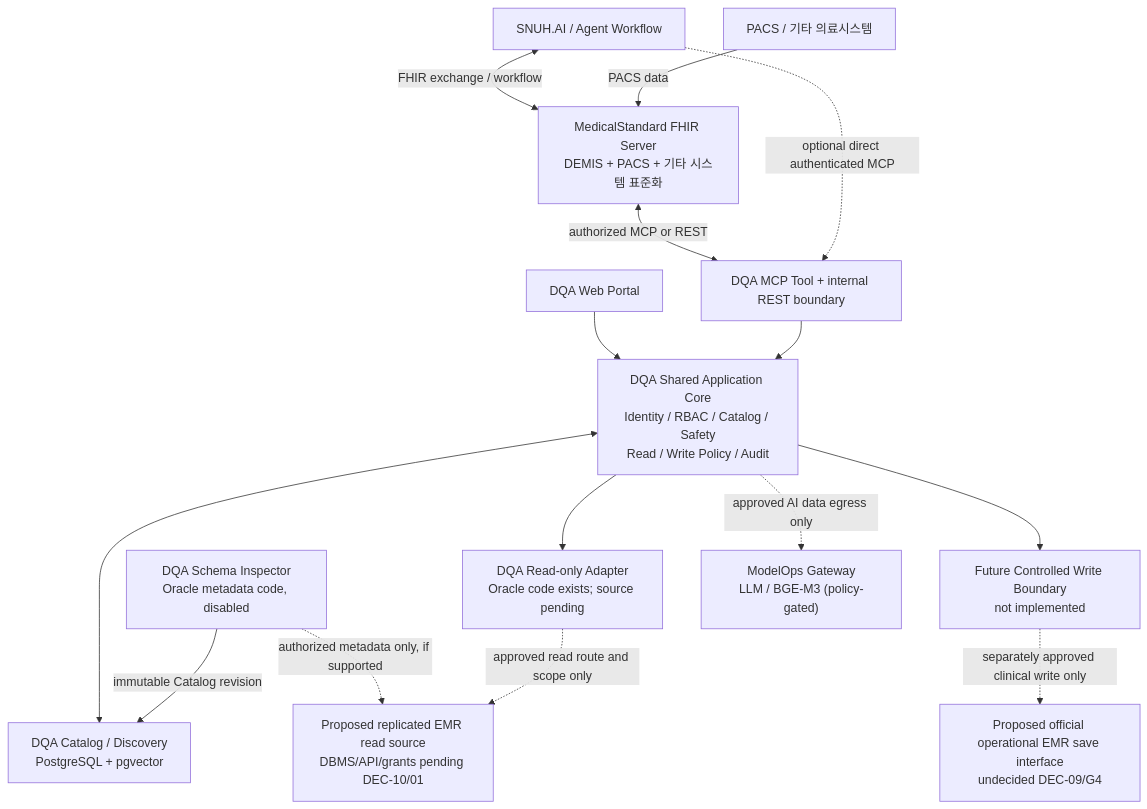
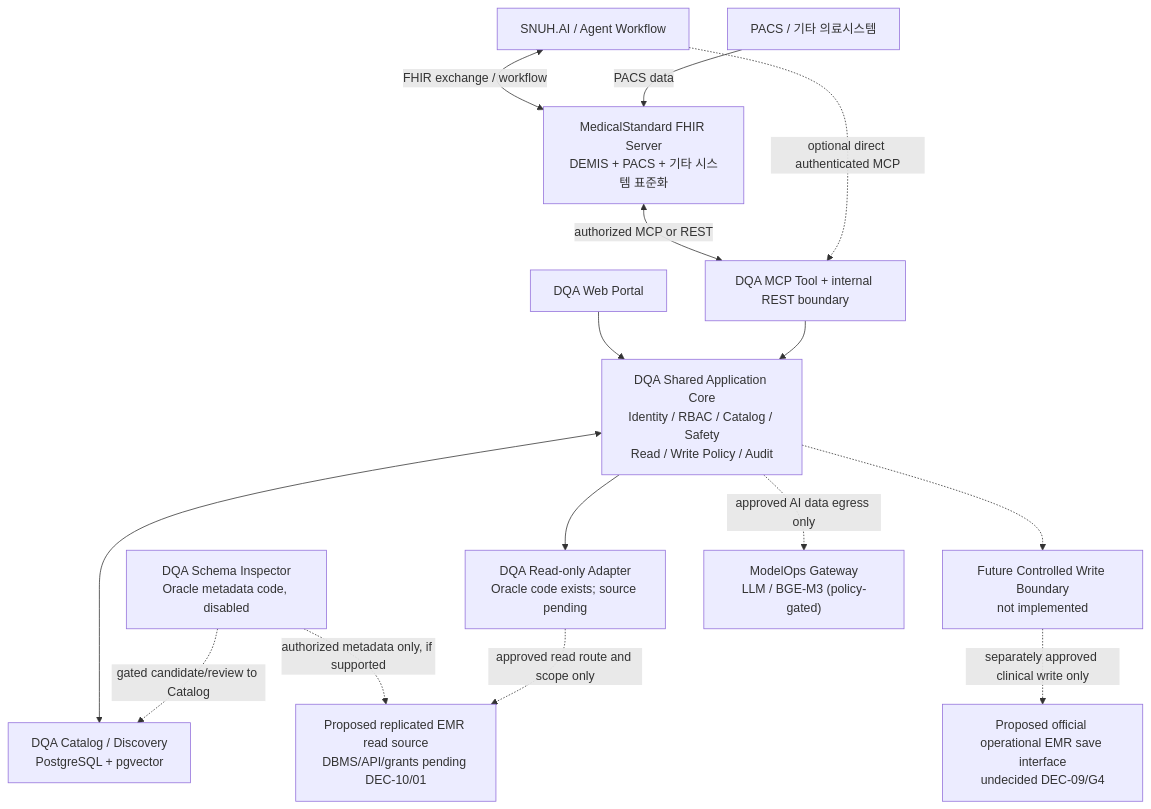
Before and after one commit to ramza2/dqa: the first of 2 diagrams in docs/integrated-platform-architecture.md, drawn with Mermaid.

Commit message:
docs(u03): mark future write and Inspector-to-Catalog topology as gated proposals

```diff
--- a/docs/integrated-platform-architecture.md
+++ b/docs/integrated-platform-architecture.md
@@ -49,31 +49,31 @@
 ~~~mermaid
 flowchart TB
   S["SNUH.AI / Agent Workflow"]
   F["MedicalStandard FHIR Server<br/>DEMIS + PACS + 기타 시스템 표준화"]
   P["PACS / 기타 의료시스템"]
   W["DQA Web Portal"]
   T["DQA MCP Tool + internal REST boundary"]
   CORE["DQA Shared Application Core<br/>Identity / RBAC / Catalog / Safety<br/>Read / Write Policy / Audit"]
   INS["DQA Schema Inspector<br/>Oracle metadata code, disabled"]
   C["DQA Catalog / Discovery<br/>PostgreSQL + pgvector"]
   R["DQA Read-only Adapter<br/>Oracle code exists; source pending"]
   I["Future Controlled Write Boundary<br/>not implemented"]
   D["Proposed replicated EMR read source<br/>DBMS/API/grants pending DEC-10/01"]
   SAVE["Proposed official operational EMR save interface<br/>undecided DEC-09/G4"]
   M["ModelOps Gateway<br/>LLM / BGE-M3 (policy-gated)"]
 
   S <-->|"FHIR exchange / workflow"| F
   P -->|"PACS data"| F
   F <-->|"authorized MCP or REST"| T
   S -.->|"optional direct authenticated MCP"| T
   W --> CORE
   T --> CORE
   CORE <--> C
   CORE --> R
-  CORE --> I
+  CORE -.-> I
   INS -.->|"authorized metadata only, if supported"| D
-  INS -->|"immutable Catalog revision"| C
+  INS -.->|"gated candidate/review to Catalog"| C
   R -.->|"approved read route and scope only"| D
   I -.->|"separately approved clinical write only"| SAVE
   CORE -.->|"approved AI data egress only"| M
 ~~~
```
